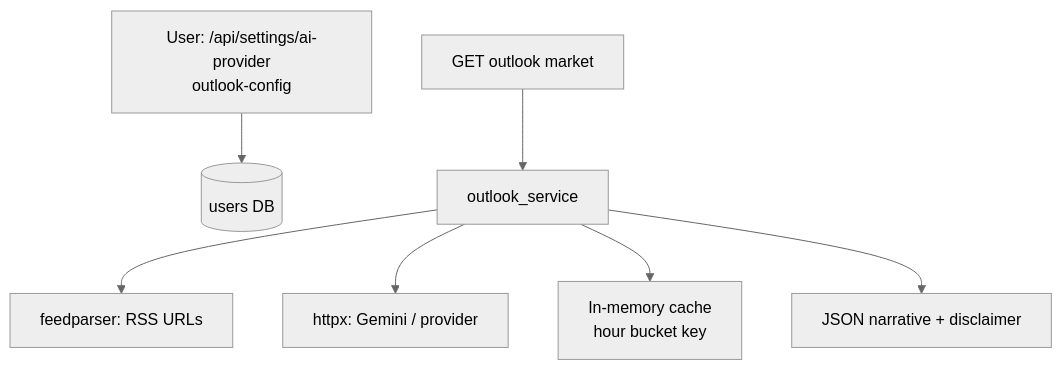
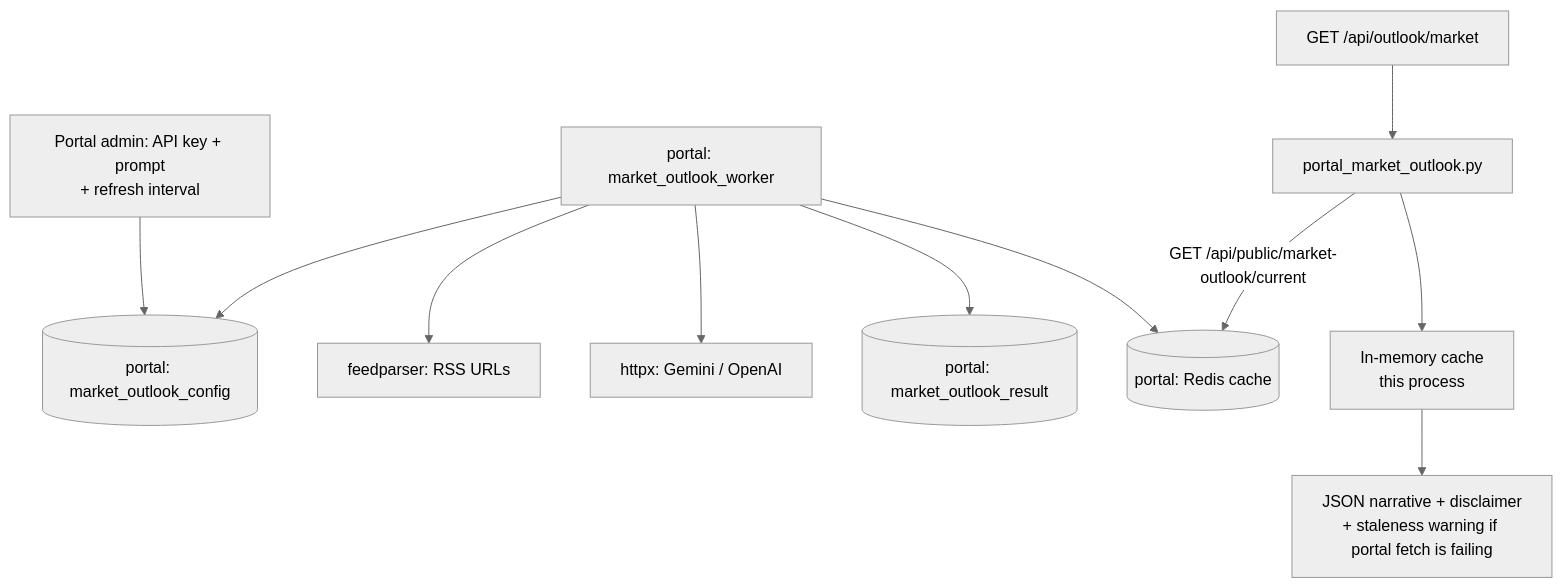
Diagram 12 of 21 in docs/flows.md (AmitMhatre-Code/breeze-core-engine), drawn with Mermaid (neutral theme) before and after one commit. The commit also changed other lines of this file and 174 other files, not shown here.

````diff
--- a/docs/flows.md
+++ b/docs/flows.md
@@ -257,9 +259,13 @@
 ```mermaid
 flowchart TB
-  CFG[User: /api/settings/ai-provider\noutlook-config] --> DB[(users DB)]
-  REQ[GET outlook market] --> SVC[outlook_service]
-  SVC --> RSS[feedparser: RSS URLs]
-  SVC --> AI[httpx: Gemini / provider]
-  SVC --> CACHE[In-memory cache\nhour bucket key]
-  SVC --> RES[JSON narrative + disclaimer]
+  ADMIN[Portal admin: API key + prompt\n+ refresh interval] --> PCFG[(portal: market_outlook_config)]
+  WORKER[portal: market_outlook_worker] --> PCFG
+  WORKER --> RSS[feedparser: RSS URLs]
+  WORKER --> AI[httpx: Gemini / OpenAI]
+  WORKER --> PRESULT[(portal: market_outlook_result)]
+  WORKER --> PCACHE[(portal: Redis cache)]
+  REQ[GET /api/outlook/market] --> FETCH[portal_market_outlook.py]
+  FETCH -->|GET /api/public/market-outlook/current| PCACHE
+  FETCH --> INMEM[In-memory cache\nthis process]
+  INMEM --> RES[JSON narrative + disclaimer\n+ staleness warning if portal fetch is failing]
 ```
````
